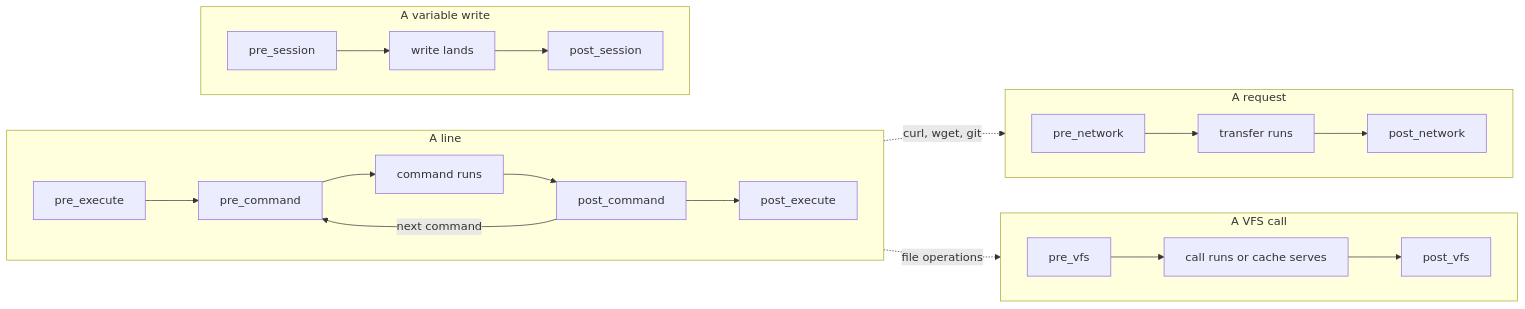
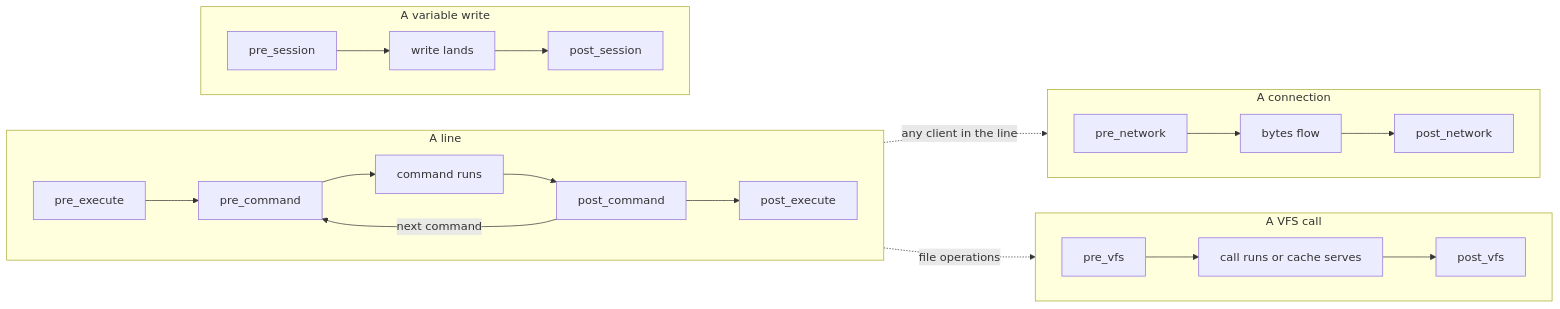
The diagram in docs/home/policy/policies.mdx (strukto-ai/mirage), drawn with Mermaid before and after one commit. The commit also changed other lines of this file and 55 other files, not shown here.

First line of the commit message:
Judge every connection at one gateway, drop the server network

````diff
--- a/docs/home/policy/policies.mdx
+++ b/docs/home/policy/policies.mdx
@@ -70,22 +70,22 @@
 ```mermaid
 flowchart LR
     subgraph line["A line"]
         direction LR
         PE["pre_execute"] --> PC["pre_command"] --> Run["command runs"] --> PoC["post_command"] --> PoE["post_execute"]
         PoC -- "next command" --> PC
     end
     subgraph call["A VFS call"]
         direction LR
         PV["pre_vfs"] --> Op["call runs or cache serves"] --> PoV["post_vfs"]
     end
     Run -. file operations .-> PV
     subgraph write["A variable write"]
         direction LR
         PS["pre_session"] --> Land["write lands"] --> PoS["post_session"]
     end
-    subgraph request["A request"]
+    subgraph connection["A connection"]
         direction LR
-        PN["pre_network"] --> Send["transfer runs"] --> PoN["post_network"]
+        PN["pre_network"] --> Send["bytes flow"] --> PoN["post_network"]
     end
-    Run -. curl, wget, git .-> PN
+    Run -. any client in the line .-> PN
 ```
````
